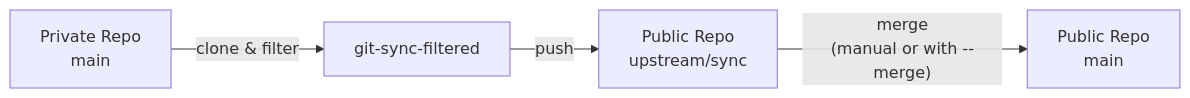
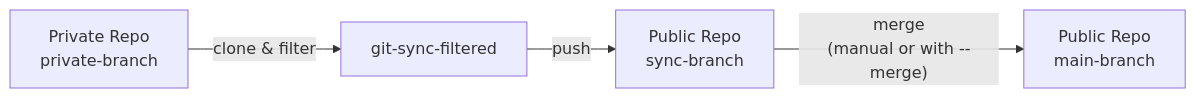
Before and after one commit to Merge-42/git-sync-filtered: the diagram in README.md, drawn with Mermaid.

Commit message:
readme updates

````diff
--- a/README.md
+++ b/README.md
@@ -77,6 +77,6 @@
 ```mermaid
 flowchart LR
-    A[Private Repo<br/>main] -->|clone & filter| B[git-sync-filtered]
-    B -->|push| C[Public Repo<br/>upstream/sync]
-    C -->|"merge<br/>(manual or with --merge)"| D[Public Repo<br/>main]
+    A[Private Repo<br/>private-branch] -->|clone & filter| B[git-sync-filtered]
+    B -->|push| C[Public Repo<br/>sync-branch]
+    C -->|"merge<br/>(manual or with --merge)"| D[Public Repo<br/>main-branch]
 ```
````
